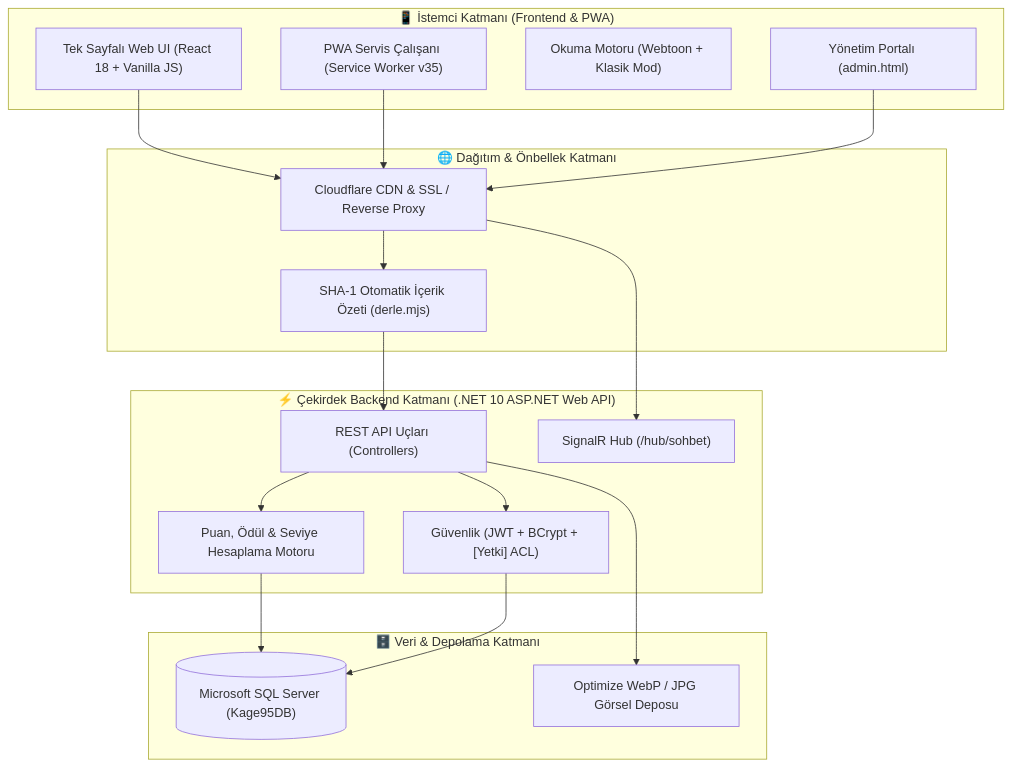
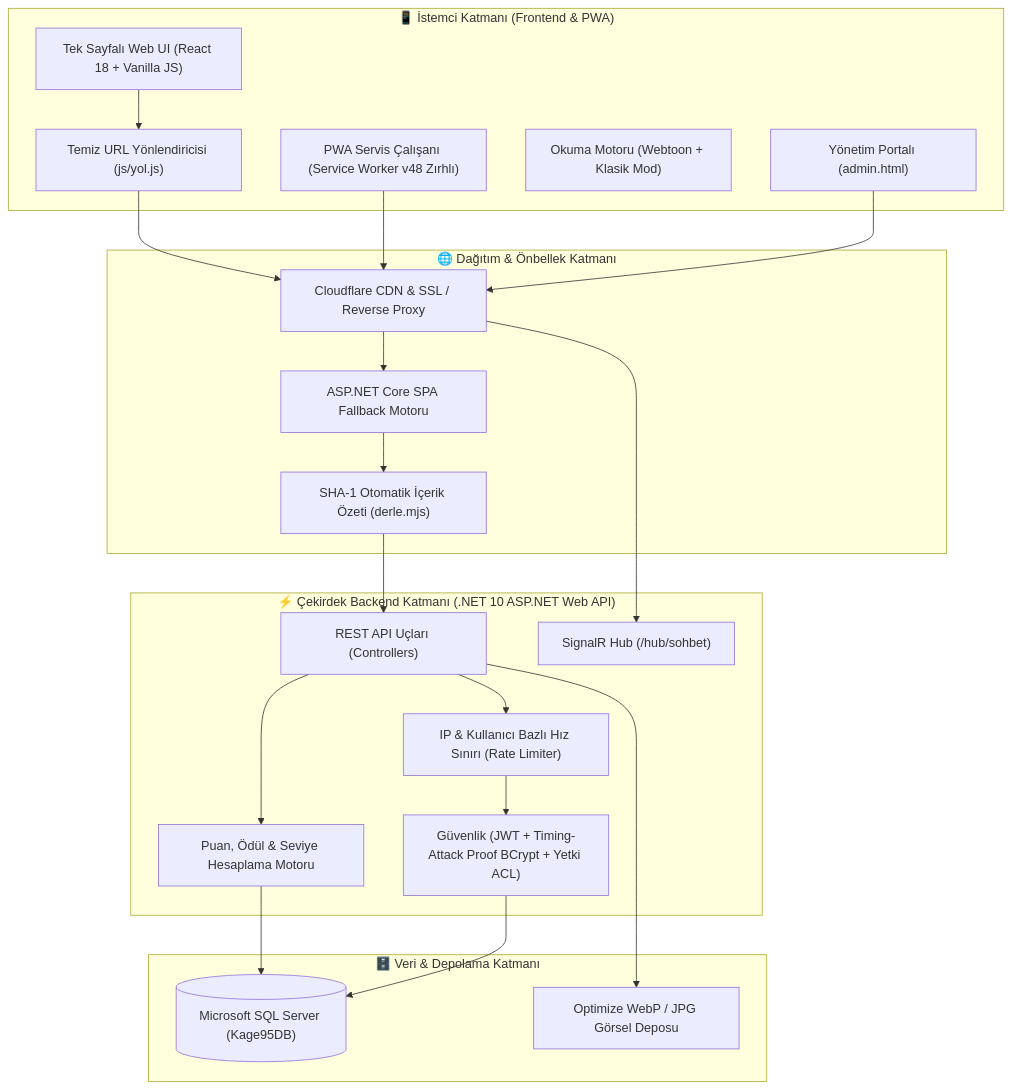
Before and after one commit to jagwey/manga-web: the diagram in README.md, drawn with Mermaid. The commit also changed other lines of this file and 1 other file, not shown here.

````diff
--- a/README.md
+++ b/README.md
@@ -45,37 +46,40 @@
 ```mermaid
 flowchart TD
     subgraph Client["📱 İstemci Katmanı (Frontend & PWA)"]
         UI["Tek Sayfalı Web UI (React 18 + Vanilla JS)"]
-        PWA["PWA Servis Çalışanı (Service Worker v35)"]
+        ROUTER["Temiz URL Yönlendiricisi (js/yol.js)"]
+        PWA["PWA Servis Çalışanı (Service Worker v48 Zırhlı)"]
         READER["Okuma Motoru (Webtoon + Klasik Mod)"]
         ADMIN["Yönetim Portalı (admin.html)"]
     end
 
     subgraph Edge["🌐 Dağıtım & Önbellek Katmanı"]
         CF["Cloudflare CDN & SSL / Reverse Proxy"]
+        FALLBACK["ASP.NET Core SPA Fallback Motoru"]
         HASH["SHA-1 Otomatik İçerik Özeti (derle.mjs)"]
     end
 
     subgraph Core["⚡ Çekirdek Backend Katmanı (.NET 10 ASP.NET Web API)"]
         API["REST API Uçları (Controllers)"]
         HUB["SignalR Hub (/hub/sohbet)"]
-        AUTH["Güvenlik (JWT + BCrypt + [Yetki] ACL)"]
+        AUTH["Güvenlik (JWT + Timing-Attack Proof BCrypt + Yetki ACL)"]
+        RATELIMIT["IP & Kullanıcı Bazlı Hız Sınırı (Rate Limiter)"]
         SVC["Puan, Ödül & Seviye Hesaplama Motoru"]
     end
 
     subgraph Storage["🗄️ Veri & Depolama Katmanı"]
         DB[("Microsoft SQL Server (Kage95DB)")]
         MEDIA["Optimize WebP / JPG Görsel Deposu"]
     end
 
-    UI --> CF
+    UI --> ROUTER --> CF
     PWA --> CF
     ADMIN --> CF
-    CF --> HASH --> API
+    CF --> FALLBACK --> HASH --> API
     CF --> HUB
-    API --> AUTH
+    API --> RATELIMIT --> AUTH
     API --> SVC
     SVC --> DB
     AUTH --> DB
     API --> MEDIA
 ```
````
